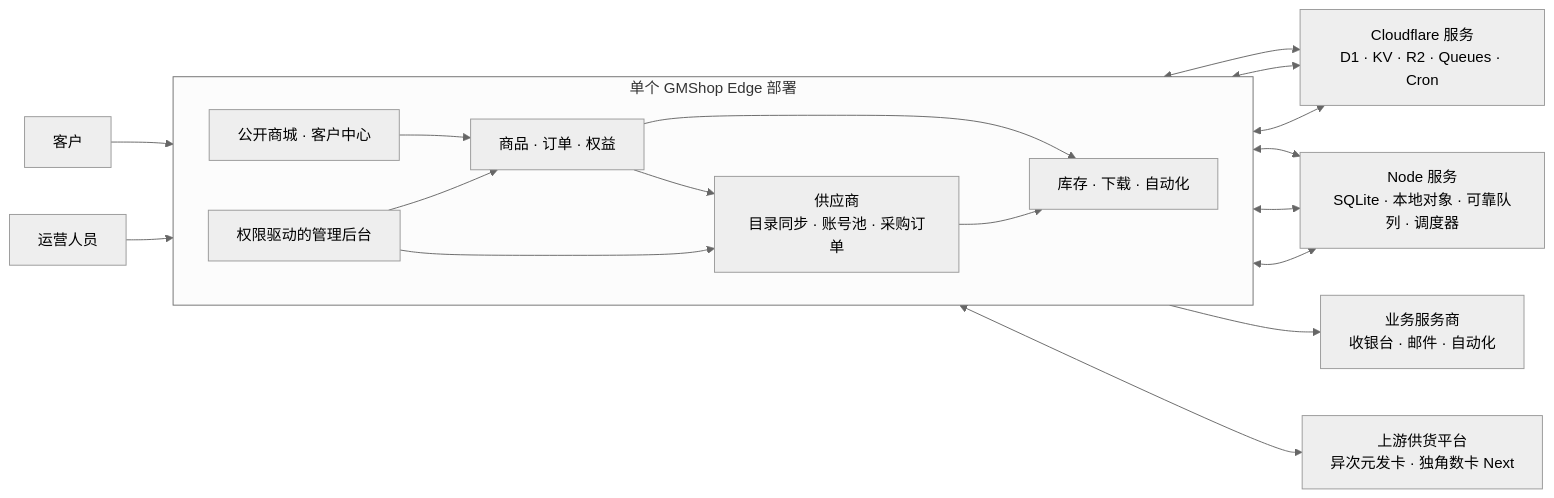
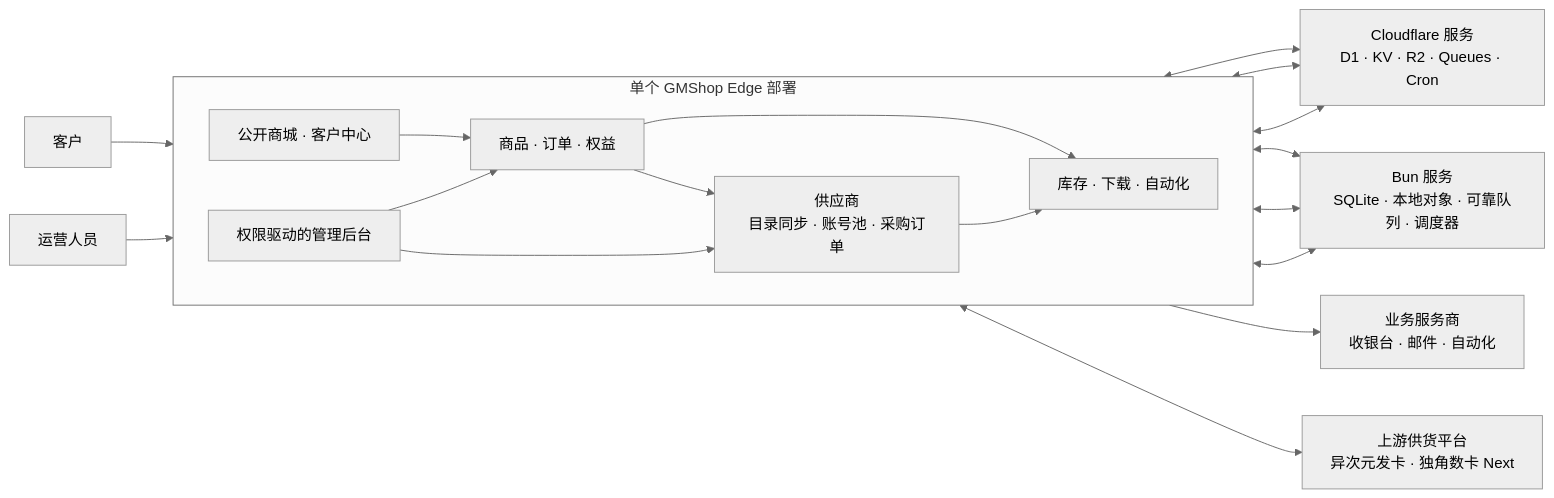
The diagram in README.zh-CN.md (FuaerCN/gmshop-edge), drawn with Mermaid (neutral theme) before and after one commit. The commit also changed other lines of this file and 67 other files, not shown here.

First line of the commit message:
fix(runtime): migrate server runtime from Node.js to Bun

````diff
--- a/README.zh-CN.md
+++ b/README.zh-CN.md
@@ -64,37 +64,37 @@
 ```mermaid
 flowchart LR
     Customer["客户"]
     Operator["运营人员"]
 
     subgraph Runtime["单个 GMShop Edge 部署"]
         direction LR
         Storefront["公开商城 · 客户中心"]
         Admin["权限驱动的管理后台"]
         Commerce["商品 · 订单 · 权益"]
         Suppliers["供应商<br/>目录同步 · 账号池 · 采购订单"]
         Delivery["库存 · 下载 · 自动化"]
 
         Storefront --> Commerce
         Admin --> Commerce
         Admin --> Suppliers
         Commerce --> Delivery
         Commerce --> Suppliers
         Suppliers --> Delivery
     end
 
     Cloudflare["Cloudflare 服务<br/>D1 · KV · R2 · Queues · Cron"]
-    Node["Node 服务<br/>SQLite · 本地对象 · 可靠队列 · 调度器"]
+    Bun["Bun 服务<br/>SQLite · 本地对象 · 可靠队列 · 调度器"]
     Providers["业务服务商<br/>收银台 · 邮件 · 自动化"]
     Upstreams["上游供货平台<br/>异次元发卡 · 独角数卡 Next"]
 
     Customer --> Storefront
     Operator --> Admin
     Commerce <--> Cloudflare
     Suppliers <--> Cloudflare
     Delivery <--> Cloudflare
-    Commerce <--> Node
-    Suppliers <--> Node
-    Delivery <--> Node
+    Commerce <--> Bun
+    Suppliers <--> Bun
+    Delivery <--> Bun
     Delivery --> Providers
     Suppliers <--> Upstreams
 ```
````
